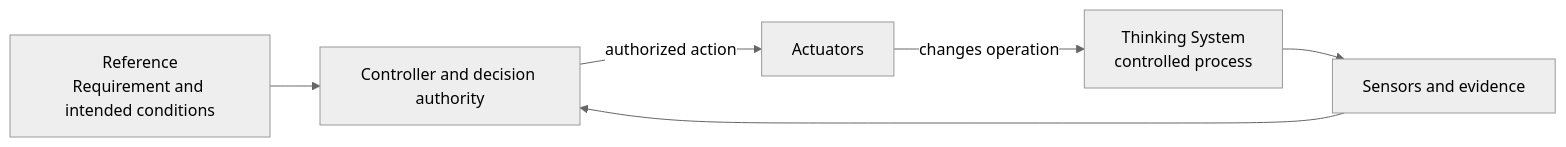
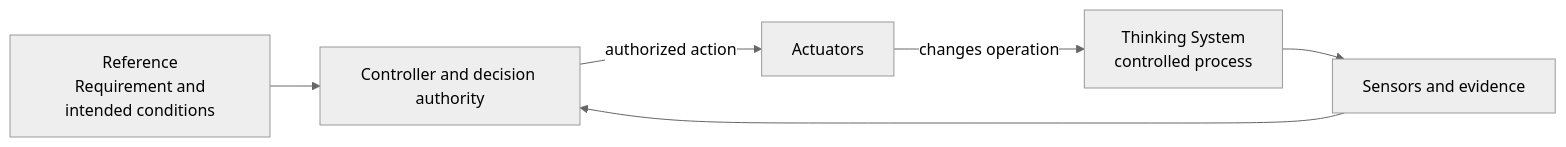
The seventh of 14 diagrams in content/research/notes/open-engineering-specification-article-draft.md (UncertaintyArchitectureGroup/uncertainty-architecture), drawn with Mermaid (neutral theme) before and after one commit. The commit also changed other lines of this file, not shown here.

Commit message:
fix(research): stabilize Mermaid rendering

````diff
--- a/content/research/notes/open-engineering-specification-article-draft.md
+++ b/content/research/notes/open-engineering-specification-article-draft.md
@@ -340,13 +345,13 @@
 ```mermaid
 flowchart LR
-    R["Reference<br/>Requirement and intended conditions"]
-    P["Thinking System<br/>controlled process"]
+    R["Reference<br/> Requirement and intended conditions"]
+    P["Thinking System<br/> controlled process"]
     S["Sensors and evidence"]
     C["Controller and decision authority"]
     A[Actuators]
 
     R --> C
     P --> S --> C
     C -->|authorized action| A
     A -->|changes operation| P
 ```
````
